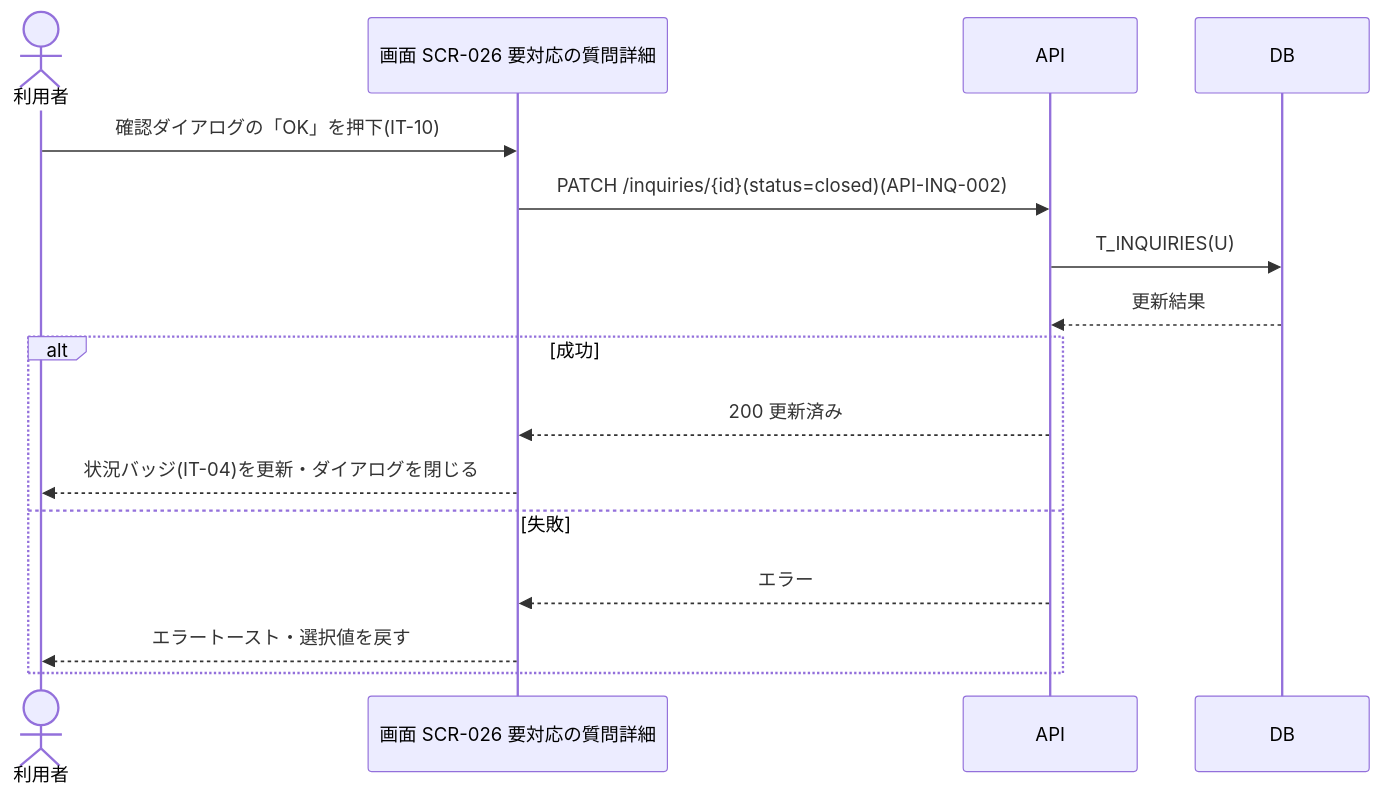
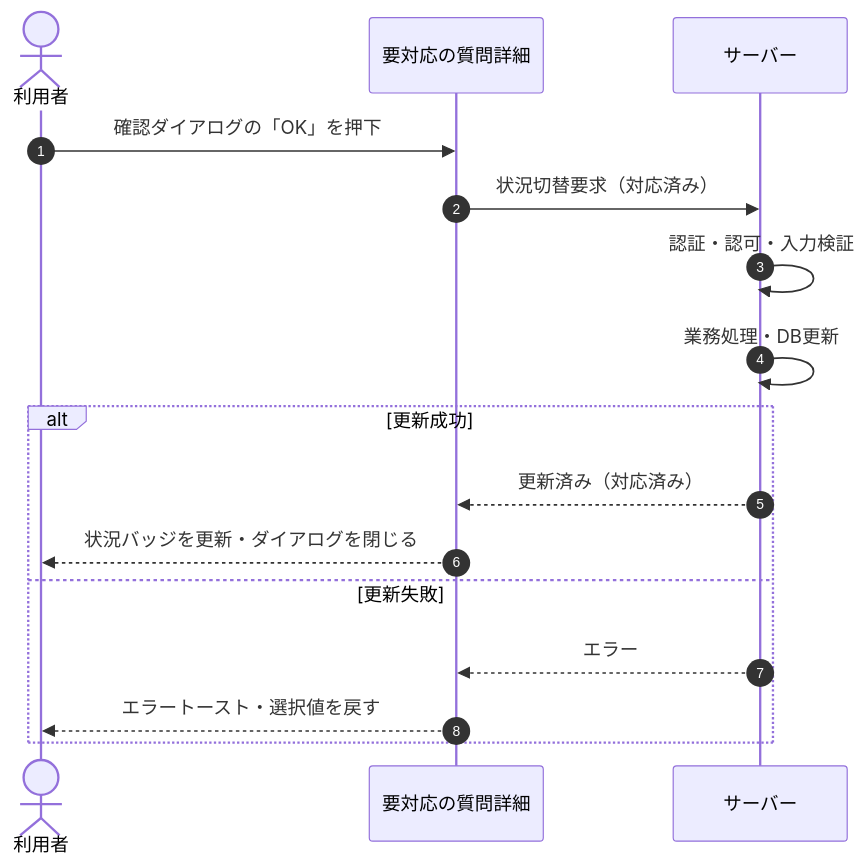
Before and after one commit to sikakou54/open-faq: the diagram in 02_basic_design/05_sequences/SEQ-023.md, drawn with Mermaid. The commit also changed other lines of this file and 108 other files, not shown here.

First line of the commit message:
基本設計: シーケンス図を基本設計粒度(ユーザー/画面/サーバー)へ再編成

````diff
--- a/02_basic_design/05_sequences/SEQ-023.md
+++ b/02_basic_design/05_sequences/SEQ-023.md
@@ -25,18 +32,18 @@
 ```mermaid
 sequenceDiagram
+  autonumber
   actor U as 利用者
-  participant S as 画面 SCR-026 要対応の質問詳細
-  participant API as API
-  participant DB as DB
-  U->>S: 確認ダイアログの「OK」を押下(IT-10)
-  S->>API: PATCH /inquiries/{id}(status=closed)(API-INQ-002)
-  API->>DB: T_INQUIRIES(U)
-  DB-->>API: 更新結果
-  alt 成功
-    API-->>S: 200 更新済み
-    S-->>U: 状況バッジ(IT-04)を更新・ダイアログを閉じる
-  else 失敗
-    API-->>S: エラー
-    S-->>U: エラートースト・選択値を戻す
+  participant Screen as 要対応の質問詳細
+  participant Server as サーバー
+  U->>Screen: 確認ダイアログの「OK」を押下
+  Screen->>Server: 状況切替要求（対応済み）
+  Server->>Server: 認証・認可・入力検証
+  Server->>Server: 業務処理・DB更新
+  alt 更新成功
+    Server-->>Screen: 更新済み（対応済み）
+    Screen-->>U: 状況バッジを更新・ダイアログを閉じる
+  else 更新失敗
+    Server-->>Screen: エラー
+    Screen-->>U: エラートースト・選択値を戻す
   end
 ```
````
